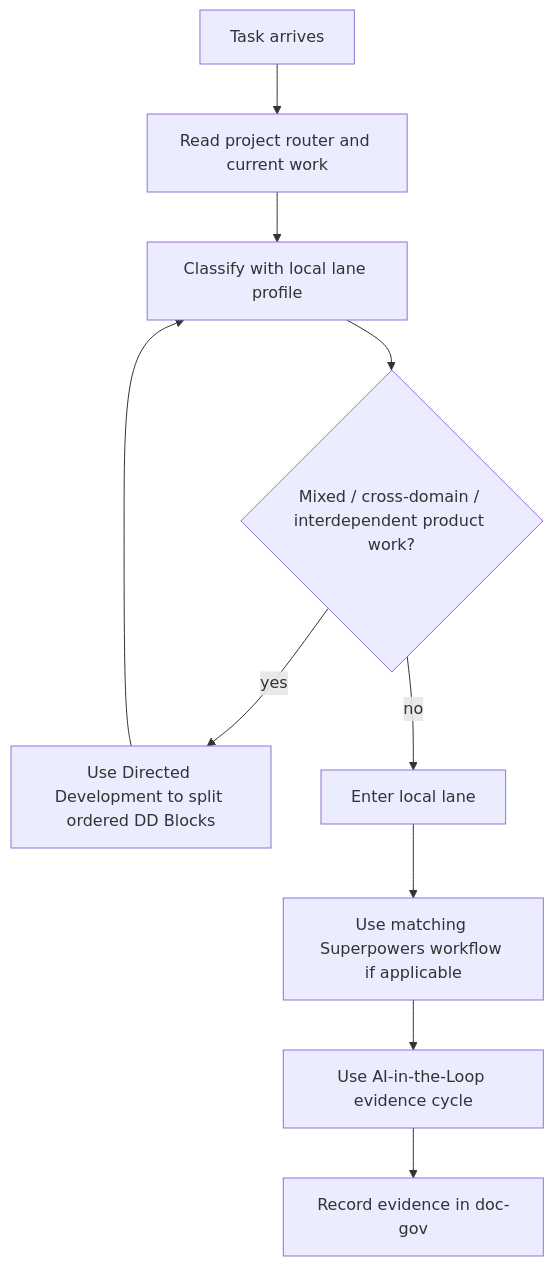
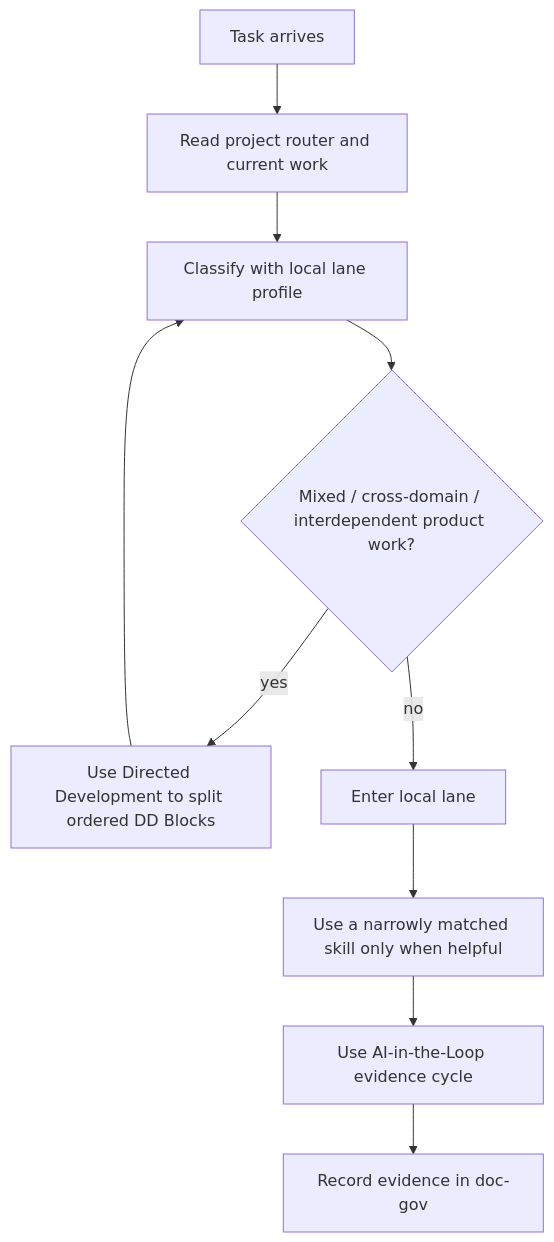
Before and after one commit to PieAIStudio/SupaLuv: the diagram in docs/governance/agents-routing/engineering-runtime-v0.9.md, drawn with Mermaid. The commit also changed other lines of this file and 9 other files, not shown here.

````diff
--- a/docs/governance/agents-routing/engineering-runtime-v0.9.md
+++ b/docs/governance/agents-routing/engineering-runtime-v0.9.md
@@ -31,12 +31,12 @@
 ```mermaid
 flowchart TD
   A["Task arrives"] --> B["Read project router and current work"]
   B --> C["Classify with local lane profile"]
   C --> D{"Mixed / cross-domain / interdependent product work?"}
   D -- "yes" --> E["Use Directed Development to split ordered DD Blocks"]
   E --> C
   D -- "no" --> F["Enter local lane"]
-  F --> G["Use matching Superpowers workflow if applicable"]
+  F --> G["Use a narrowly matched skill only when helpful"]
   G --> H["Use AI-in-the-Loop evidence cycle"]
   H --> I["Record evidence in doc-gov"]
 ```
````
